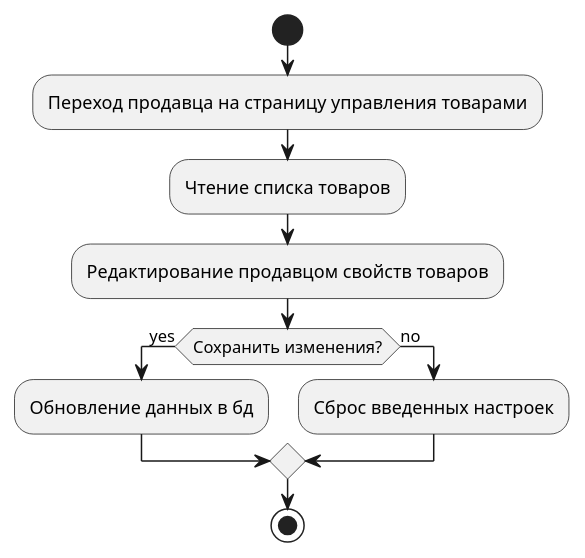
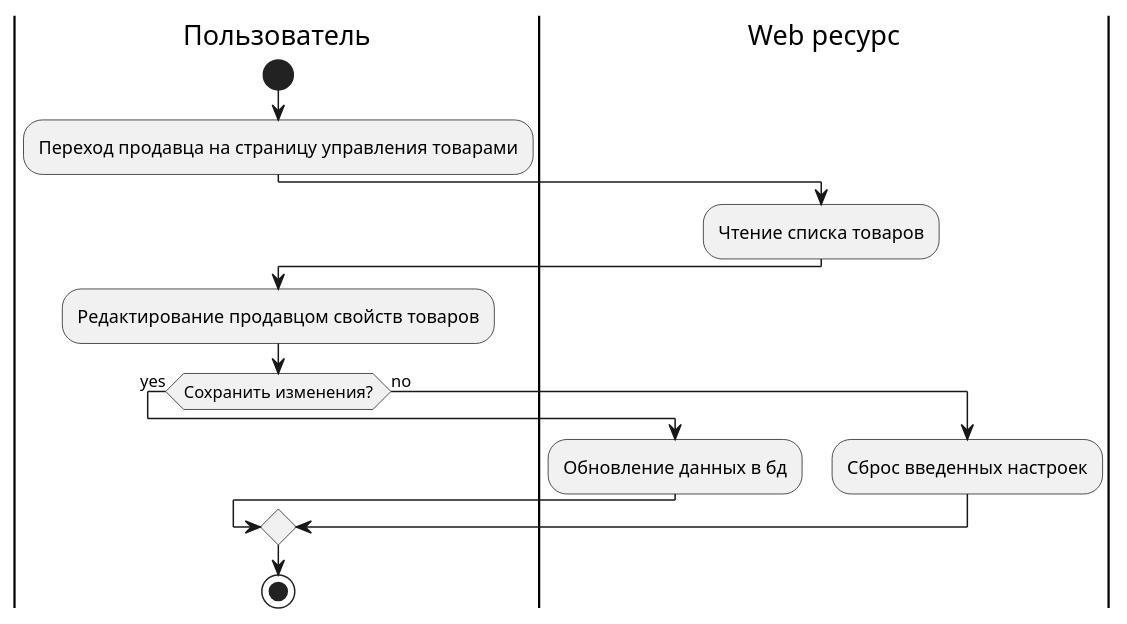
The diagram in activity_diagrams/seller_manage_catalog_of_goods_manage_categories.puml (zadroshu/diagrams), drawn with PlantUML before and after one commit. The commit also changed 8 other files, not shown here.

Commit message:
add Actors to activity diagrams

```diff
--- a/activity_diagrams/seller_manage_catalog_of_goods_manage_categories.puml
+++ b/activity_diagrams/seller_manage_catalog_of_goods_manage_categories.puml
@@ -1,15 +1,21 @@
 @startuml
 'https://plantuml.com/activity-diagram-beta
 
+|Пользователь|
 start
 :Переход продавца на страницу управления товарами;
+|Web ресурс|
 :Чтение списка товаров;
+|Пользователь|
 :Редактирование продавцом свойств товаров;
 if (Сохранить изменения?) is (yes) then
+  |Web ресурс|
   :Обновление данных в бд;
 else (no)
+  |Web ресурс|
   :Сброс введенных настроек;
+|Пользователь|
 endif
 stop
 
 @enduml
```
